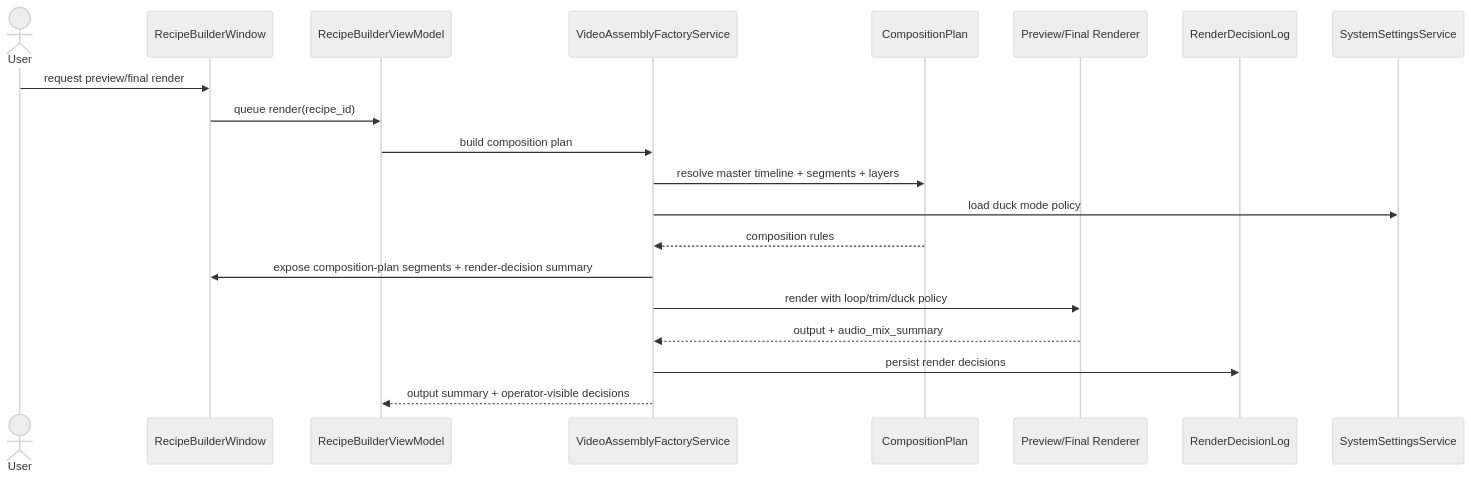
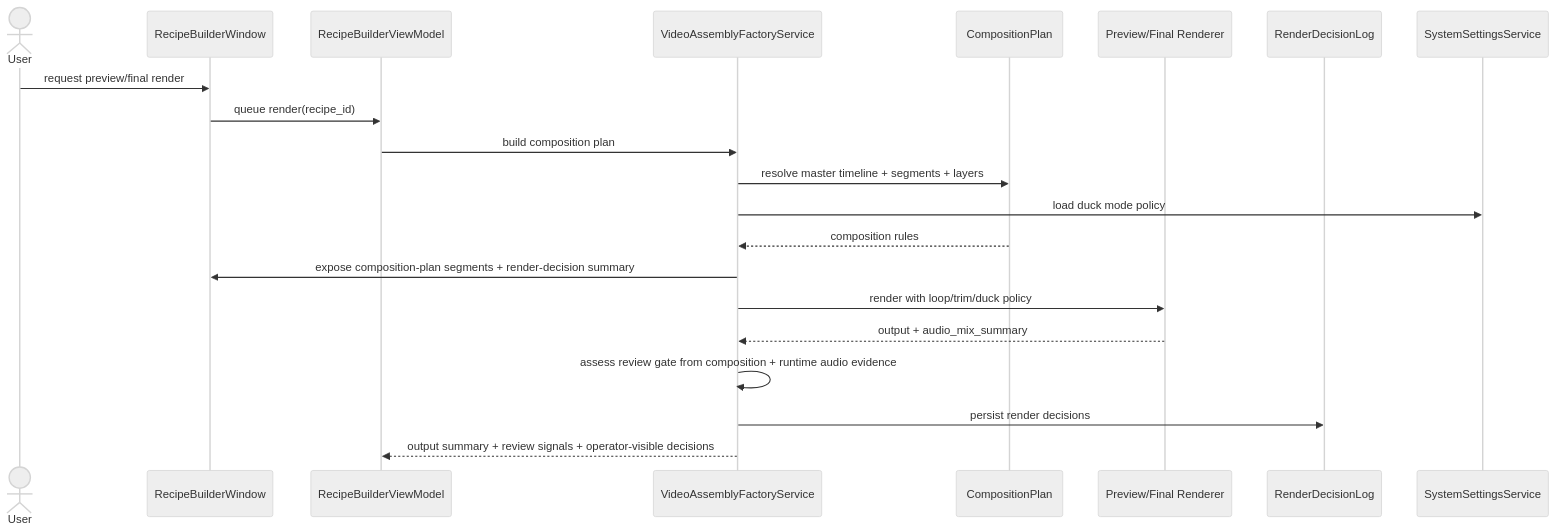
One commit to idev006/MTClipFactory changed diagram 14 of 14 in doc/10_UML_System_Overview.md. Above: the diagram before and after it, drawn with Mermaid (neutral theme). The commit also changed 16 other files, not shown here.

Commit message:
IR-10 runtime-backed review signals

````diff
--- a/doc/10_UML_System_Overview.md
+++ b/doc/10_UML_System_Overview.md
@@ -565,23 +565,24 @@
 ```mermaid
 sequenceDiagram
     actor User
     participant View as RecipeBuilderWindow
     participant VM as RecipeBuilderViewModel
     participant Factory as VideoAssemblyFactoryService
     participant Plan as CompositionPlan
     participant Render as Preview/Final Renderer
     participant Audit as RenderDecisionLog
     participant Settings as SystemSettingsService
 
     User->>View: request preview/final render
     View->>VM: queue render(recipe_id)
     VM->>Factory: build composition plan
     Factory->>Plan: resolve master timeline + segments + layers
     Factory->>Settings: load duck mode policy
     Plan-->>Factory: composition rules
     Factory->>View: expose composition-plan segments + render-decision summary
     Factory->>Render: render with loop/trim/duck policy
     Render-->>Factory: output + audio_mix_summary
+    Factory->>Factory: assess review gate from composition + runtime audio evidence
     Factory->>Audit: persist render decisions
-    Factory-->>VM: output summary + operator-visible decisions
+    Factory-->>VM: output summary + review signals + operator-visible decisions
 ```
````
